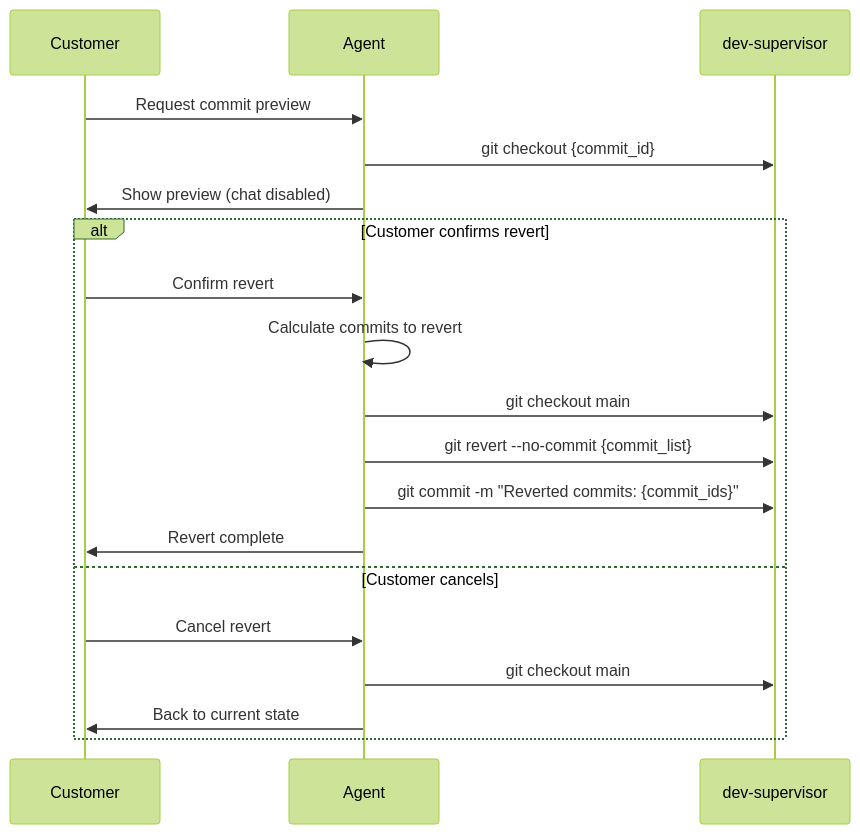
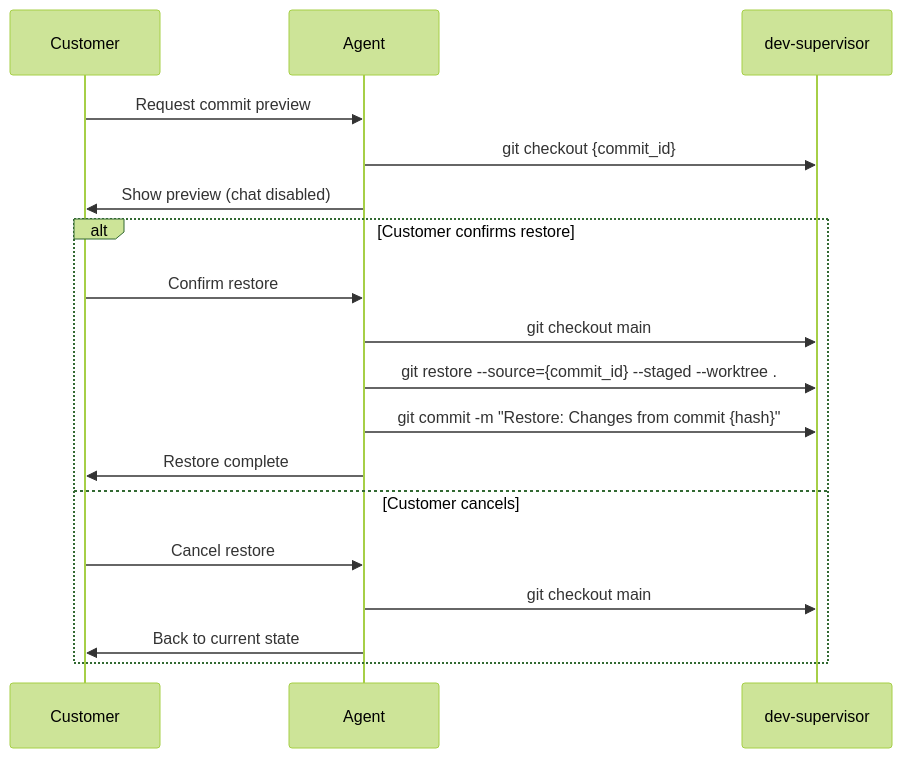
One commit to hsharif-godaddy/hackathon2026 changed the fifth of 6 diagrams in docs/git-operations-architecture.md. Above: the diagram before and after it, drawn with Mermaid (forest theme). The commit also changed other lines of this file and 8 other files, not shown here.

````diff
--- a/docs/git-operations-architecture.md
+++ b/docs/git-operations-architecture.md
@@ -228,23 +228,22 @@
 ```mermaid
 sequenceDiagram
     participant Customer
     participant Agent
     participant DevSupervisor as dev-supervisor
 
     Customer->>Agent: Request commit preview
     Agent->>DevSupervisor: git checkout {commit_id}
     Agent->>Customer: Show preview (chat disabled)
 
-    alt Customer confirms revert
-        Customer->>Agent: Confirm revert
-        Agent->>Agent: Calculate commits to revert
+    alt Customer confirms restore
+        Customer->>Agent: Confirm restore
         Agent->>DevSupervisor: git checkout main
-        Agent->>DevSupervisor: git revert --no-commit {commit_list}
-        Agent->>DevSupervisor: git commit -m "Reverted commits: {commit_ids}"
-        Agent->>Customer: Revert complete
+        Agent->>DevSupervisor: git restore --source={commit_id} --staged --worktree .
+        Agent->>DevSupervisor: git commit -m "Restore: Changes from commit {hash}"
+        Agent->>Customer: Restore complete
     else Customer cancels
-        Customer->>Agent: Cancel revert
+        Customer->>Agent: Cancel restore
         Agent->>DevSupervisor: git checkout main
         Agent->>Customer: Back to current state
     end
 ```
````
